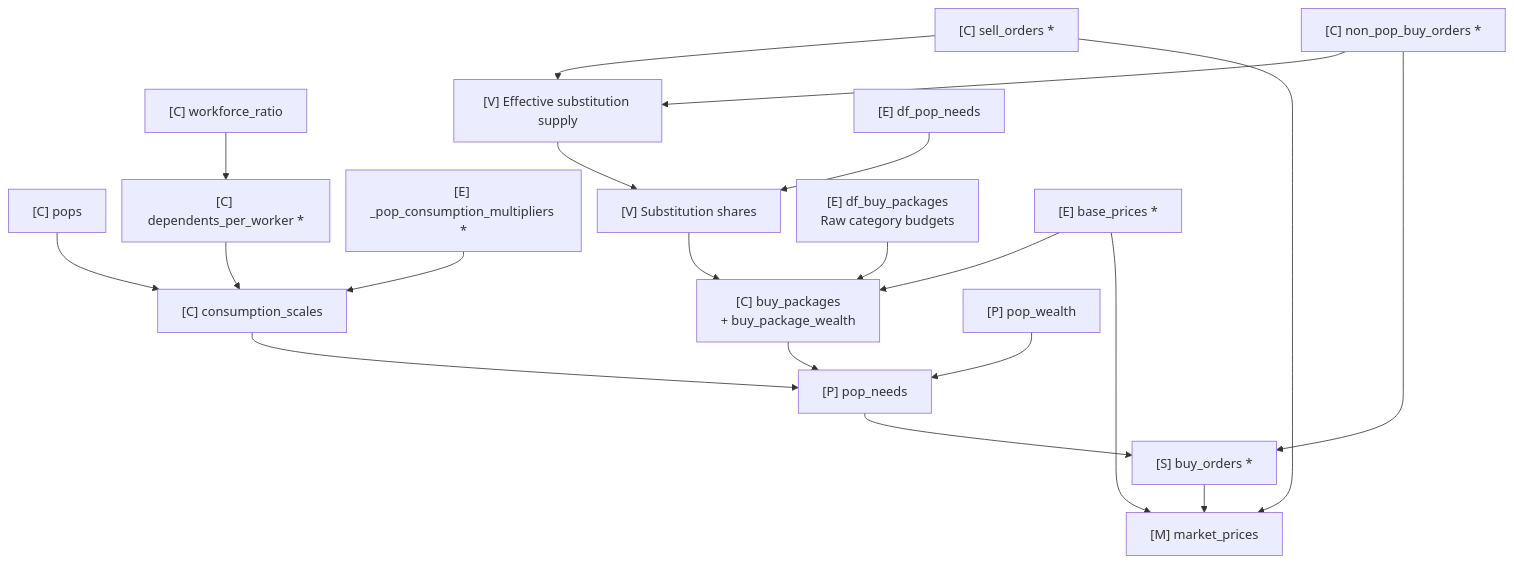
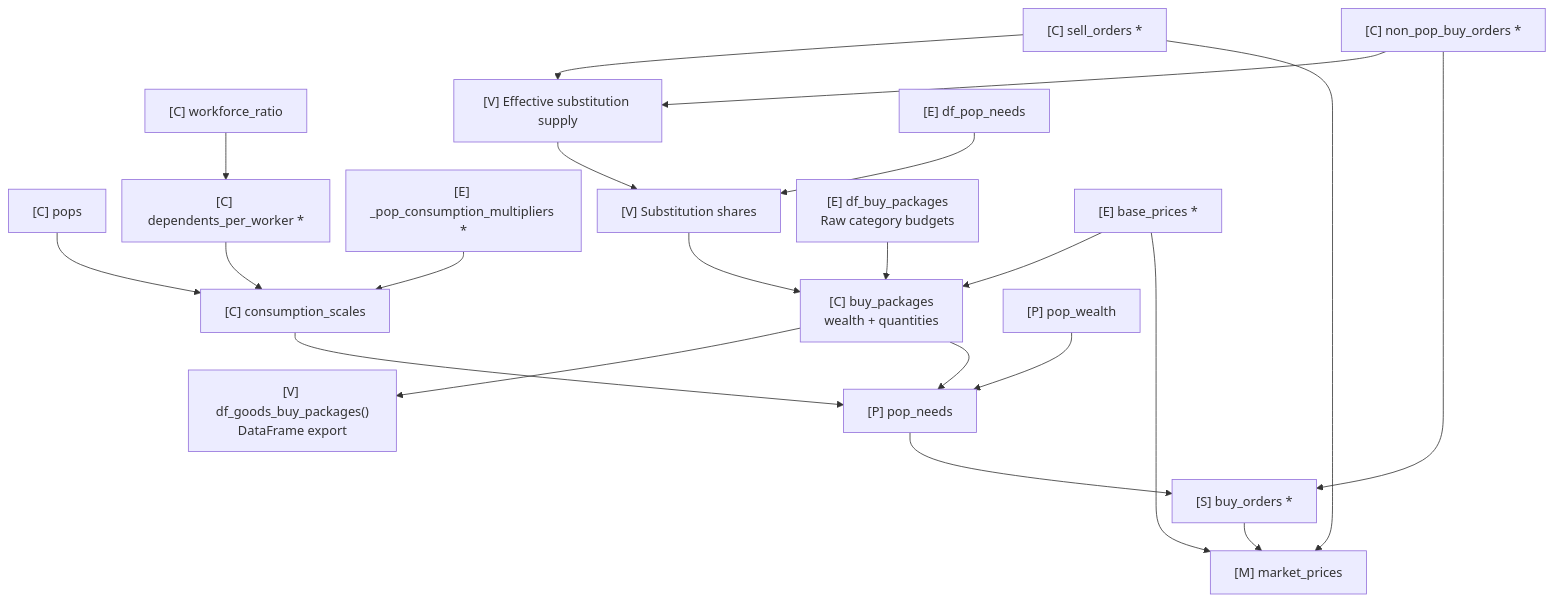
The second of 4 diagrams in docs/design/economy-dependencies.md (ShabbyGayBar/victoria3-analysis), drawn with Mermaid before and after one commit. The commit also changed other lines of this file and 13 other files, not shown here.

Commit message:
refactor: Refactor buy packages into an immutable value object

````diff
--- a/docs/design/economy-dependencies.md
+++ b/docs/design/economy-dependencies.md
@@ -113,48 +114,49 @@
 ```mermaid
 ---
 config:
   flowchart:
     useMaxWidth: false
     nodeSpacing: 20
     rankSpacing: 35
   themeCSS: |
     .node.model rect { fill: var(--vic3-owner-economy) !important; }
     .node.context rect { fill: var(--vic3-owner-context) !important; }
     .node.market rect { fill: var(--vic3-owner-market) !important; }
     .node.household rect { fill: var(--vic3-owner-pop) !important; }
     .node.snapshot rect { fill: var(--vic3-owner-state) !important; }
     .node.variable rect { fill: var(--vic3-owner-variable) !important; }
     .node rect { stroke: var(--vic3-owner-border) !important; }
     .nodeLabel { color: var(--vic3-owner-text) !important; }
     .flowchart-link { stroke: var(--vic3-owner-edge) !important; }
     marker path { fill: var(--vic3-owner-edge) !important; stroke: var(--vic3-owner-edge) !important; }
     .edgeLabel, .edgeLabel p { color: var(--vic3-owner-text) !important; background: var(--md-default-bg-color) !important; }
 ---
 flowchart TD
     N["[C] pops"]:::context --> SC["[C] consumption_scales"]:::context
     R["[C] workforce_ratio"]:::context --> D["[C] dependents_per_worker *"]:::context
     D --> SC
     CM["[E] _pop_consumption_multipliers *"]:::model --> SC
 
     SELL["[C] sell_orders *"]:::context --> ES["[V] Effective substitution supply"]:::variable
     NP["[C] non_pop_buy_orders *"]:::context --> ES
 
     ES --> SH["[V] Substitution shares"]:::variable
     PN["[E] df_pop_needs"]:::model --> SH
 
-    SH --> Q["[C] buy_packages<br/>+ buy_package_wealth"]:::context
+    SH --> Q["[C] buy_packages<br/>wealth + quantities"]:::context
     RAW["[E] df_buy_packages<br/>Raw category budgets"]:::model --> Q
     BASE["[E] base_prices *"]:::model --> Q
+    Q --> QR["[V] df_goods_buy_packages()<br/>DataFrame export"]:::variable
 
     Q --> NEEDS["[P] pop_needs"]:::household
     SC --> NEEDS
     W["[P] pop_wealth"]:::household --> NEEDS
 
     NEEDS --> BUY["[S] buy_orders *"]:::snapshot
     NP --> BUY
 
     BUY --> PRICE["[M] market_prices"]:::market
     SELL --> PRICE
     BASE --> PRICE
 
 ```
````
